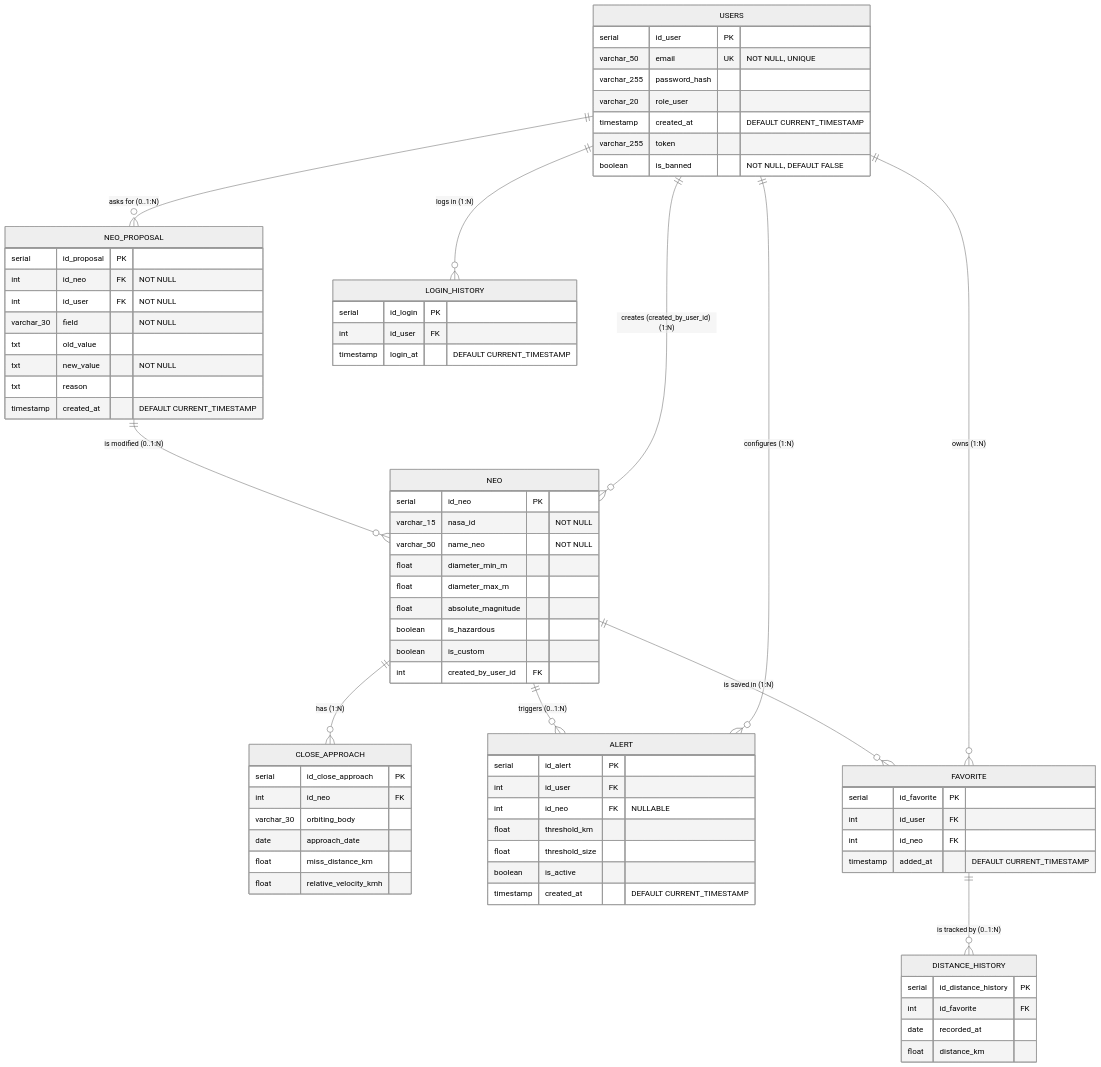
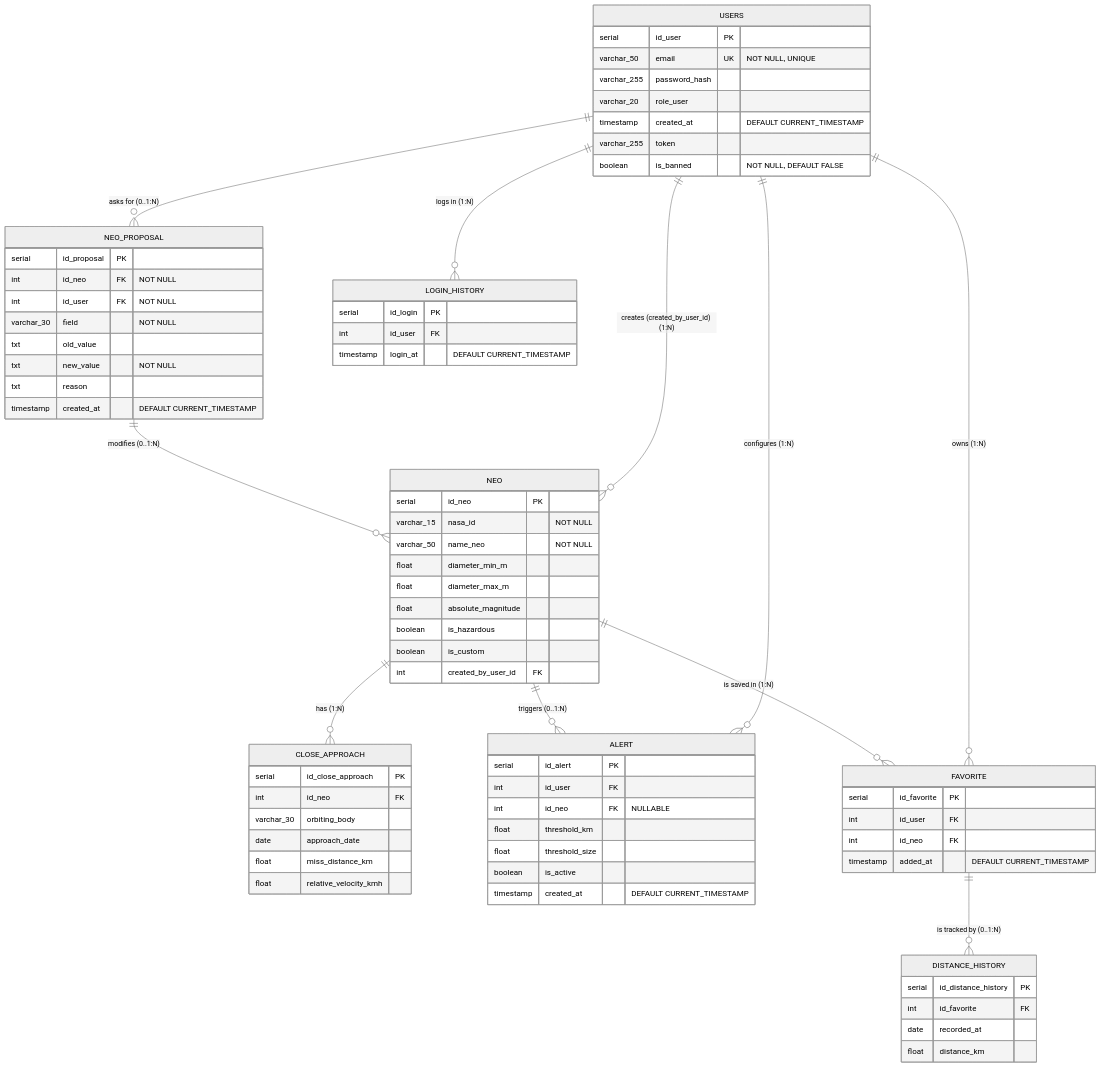
One commit to Yazaaaaaa/ensai-it-project-2a-team2 changed the diagram in doc/diagram/diagram_bdd.md. Above: the diagram before and after it, drawn with Mermaid (neutral theme).

Commit message:
Change relationship description from 'is modified' to 'modifies'

````diff
--- a/doc/diagram/diagram_bdd.md
+++ b/doc/diagram/diagram_bdd.md
@@ -81,6 +81,6 @@
     NEO ||--o{ ALERT : "triggers (0..1:N)"
     NEO ||--o{ FAVORITE : "is saved in (1:N)"
     FAVORITE ||--o{ DISTANCE_HISTORY : "is tracked by (0..1:N)"
-    NEO_PROPOSAL ||--o{ NEO : "is modified (0..1:N)"
+    NEO_PROPOSAL ||--o{ NEO : "modifies (0..1:N)"
     USERS ||--o{ NEO_PROPOSAL : "asks for (0..1:N)"
 ```
````
